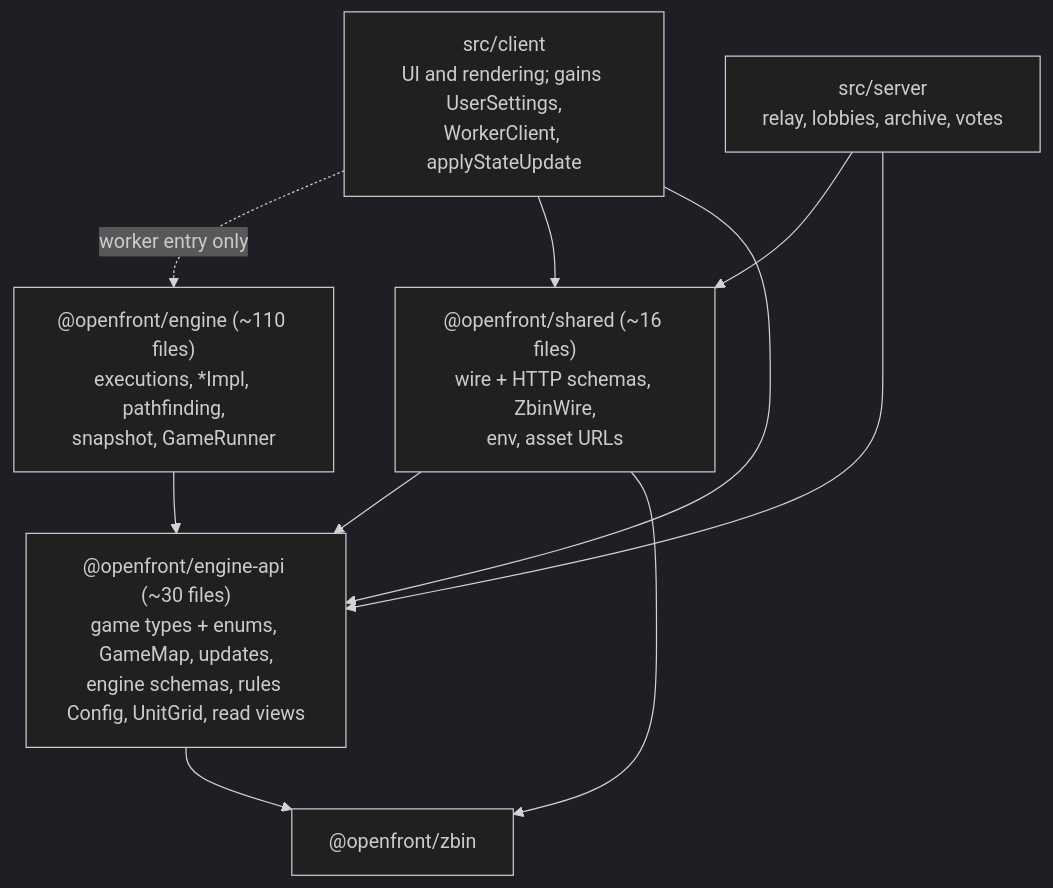
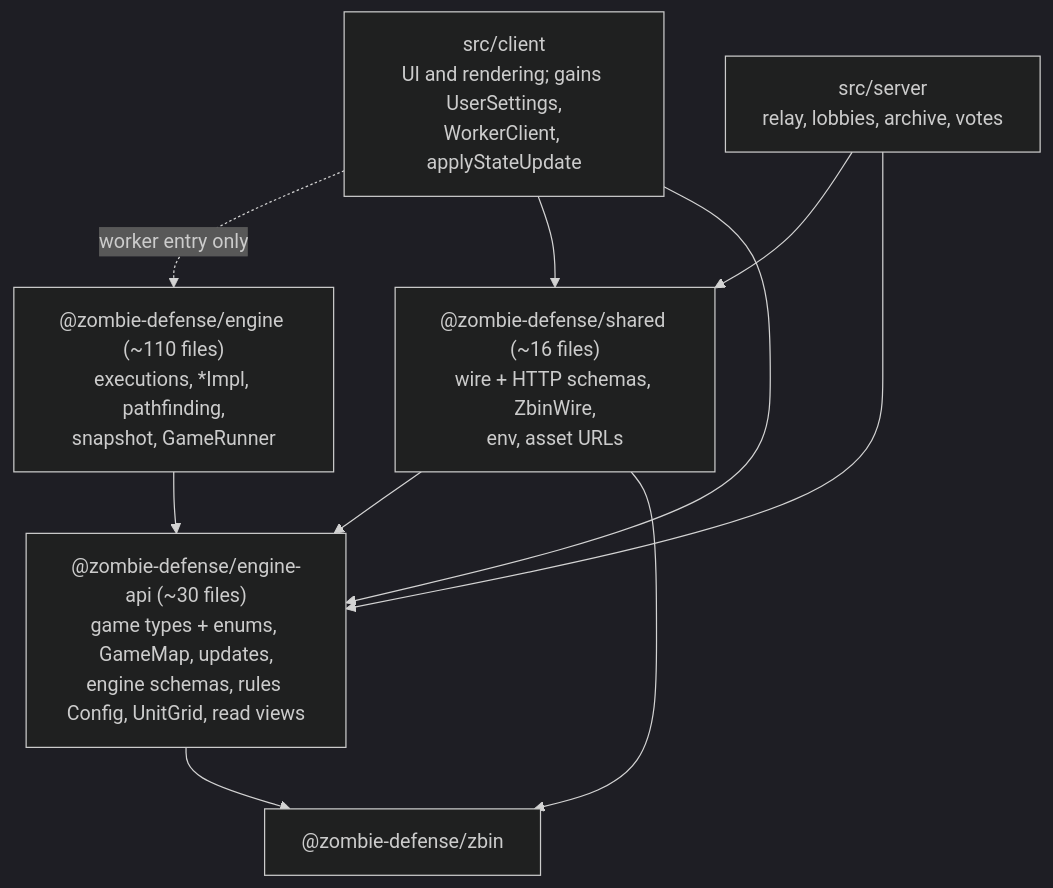
The diagram in docs/EnginePackageSplit.md (EnriqueRuizA/zombie-defense), drawn with Mermaid (dark theme) before and after one commit. The commit also changed other lines of this file and 906 other files, not shown here.

````diff
--- a/docs/EnginePackageSplit.md
+++ b/docs/EnginePackageSplit.md
@@ -50,18 +50,18 @@
 ```mermaid
 flowchart TD
   client["src/client<br/>UI and rendering; gains UserSettings,<br/>WorkerClient, applyStateUpdate"]
   server["src/server<br/>relay, lobbies, archive, votes"]
-  engine["@openfront/engine (~110 files)<br/>executions, *Impl, pathfinding,<br/>snapshot, GameRunner"]
-  shared["@openfront/shared (~16 files)<br/>wire + HTTP schemas, ZbinWire,<br/>env, asset URLs"]
-  api["@openfront/engine-api (~30 files)<br/>game types + enums, GameMap, updates,<br/>engine schemas, rules Config, UnitGrid, read views"]
-  zbin["@openfront/zbin"]
+  engine["@zombie-defense/engine (~110 files)<br/>executions, *Impl, pathfinding,<br/>snapshot, GameRunner"]
+  shared["@zombie-defense/shared (~16 files)<br/>wire + HTTP schemas, ZbinWire,<br/>env, asset URLs"]
+  api["@zombie-defense/engine-api (~30 files)<br/>game types + enums, GameMap, updates,<br/>engine schemas, rules Config, UnitGrid, read views"]
+  zbin["@zombie-defense/zbin"]
   client -. "worker entry only" .-> engine
   client --> shared
   client --> api
   server --> shared
   server --> api
   engine --> api
   shared --> api
   shared --> zbin
   api --> zbin
 ```
````
